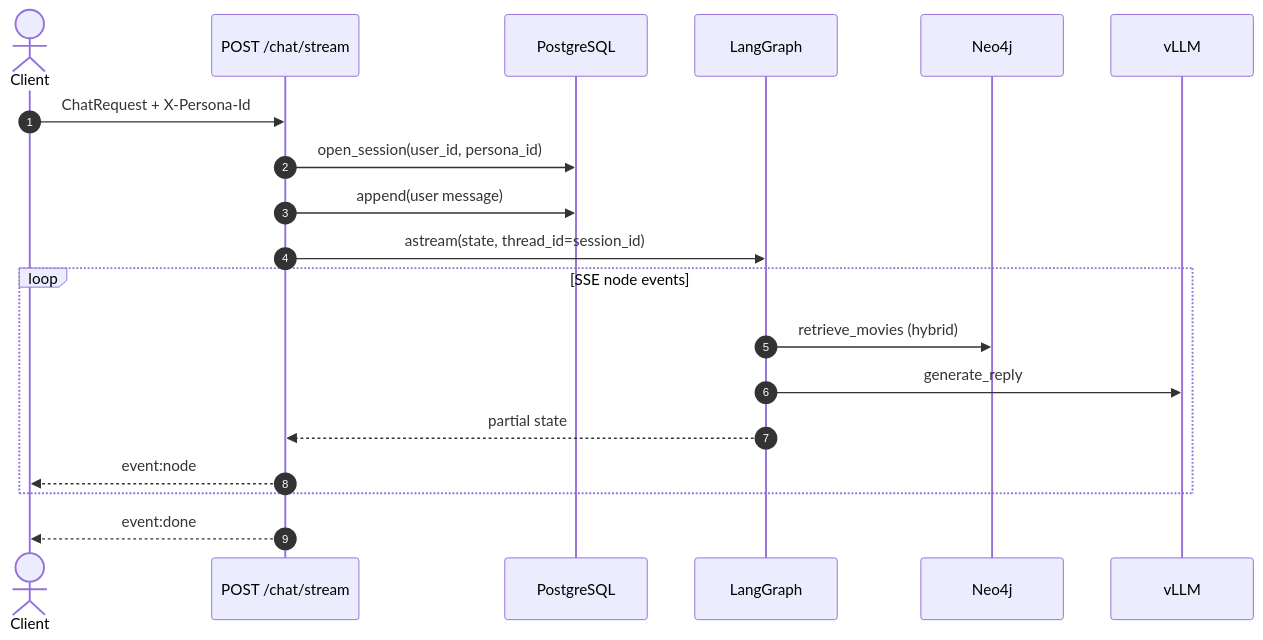
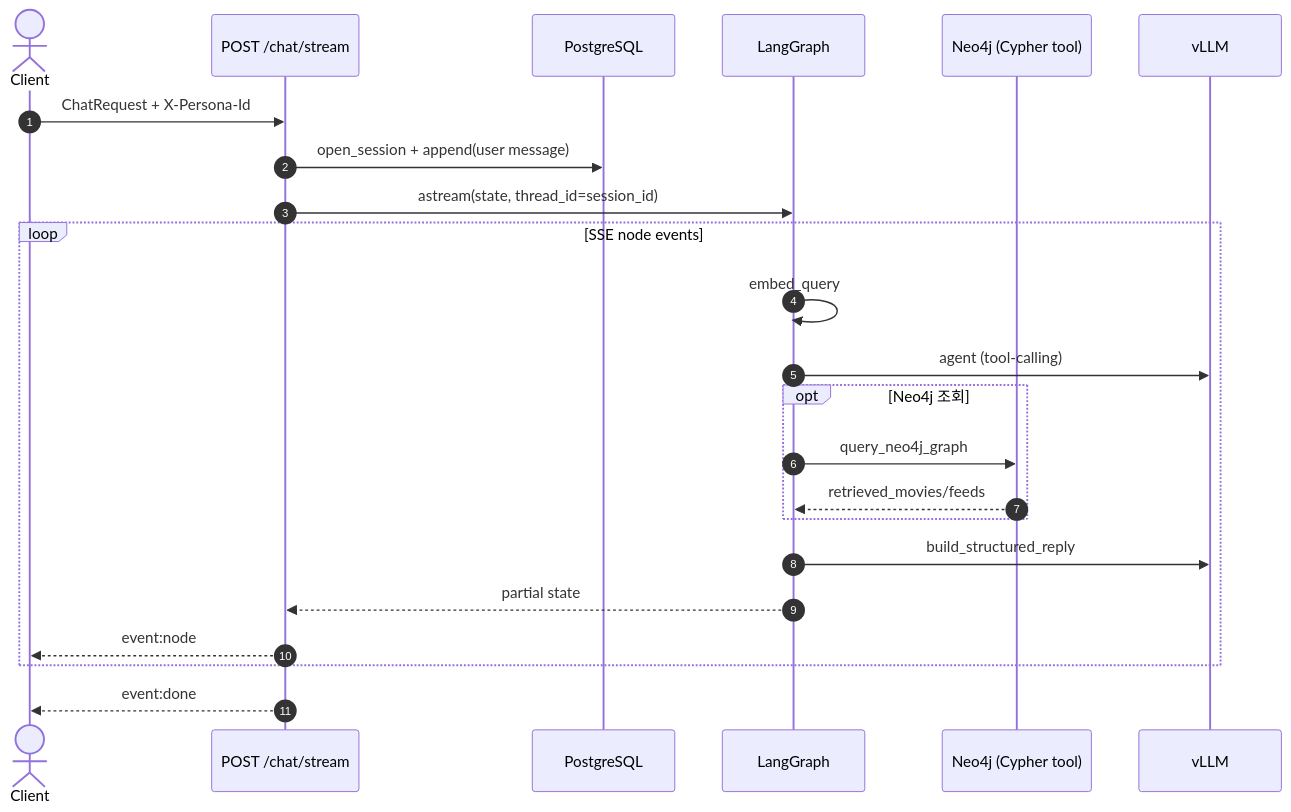
One commit to kakao4-KAKAMU/KAKAMU_DE changed the third of 5 diagrams in docs/api.md. Above: the diagram before and after it, drawn with Mermaid. The commit also changed other lines of this file and 14 other files, not shown here.

````diff
--- a/docs/api.md
+++ b/docs/api.md
@@ -266,24 +299,28 @@
 ```mermaid
 sequenceDiagram
     autonumber
     actor C as Client
     participant API as POST /chat/stream
     participant PG as PostgreSQL
     participant LG as LangGraph
-    participant NEO as Neo4j
+    participant NEO as Neo4j (Cypher tool)
     participant VL as vLLM
 
     C->>API: ChatRequest + X-Persona-Id
-    API->>PG: open_session(user_id, persona_id)
-    API->>PG: append(user message)
+    API->>PG: open_session + append(user message)
     API->>LG: astream(state, thread_id=session_id)
 
     loop SSE node events
-        LG->>NEO: retrieve_movies (hybrid)
-        LG->>VL: generate_reply
+        LG->>LG: embed_query
+        LG->>VL: agent (tool-calling)
+        opt Neo4j 조회
+            LG->>NEO: query_neo4j_graph
+            NEO-->>LG: retrieved_movies/feeds
+        end
+        LG->>VL: build_structured_reply
         LG-->>API: partial state
         API-->>C: event:node
     end
 
     API-->>C: event:done
 ```
````
